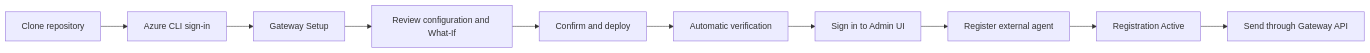
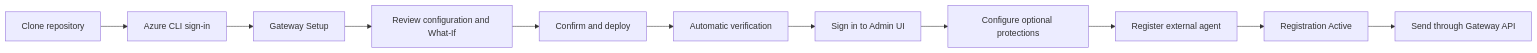
The first of 2 diagrams in README.md (patrick-shim/a365-custom-gateway), drawn with Mermaid before and after one commit. The commit also changed other lines of this file and 342 other files, not shown here.

````diff
--- a/README.md
+++ b/README.md
@@ -69,12 +75,13 @@
 ```mermaid
 flowchart LR
     clone[Clone repository] --> signin[Azure CLI sign-in]
     signin --> setup[Gateway Setup]
     setup --> plan[Review configuration and What-If]
     plan --> deploy[Confirm and deploy]
     deploy --> verify[Automatic verification]
     verify --> admin[Sign in to Admin UI]
-    admin --> register[Register external agent]
+    admin --> settings[Configure optional protections]
+    settings --> register[Register external agent]
     register --> active[Registration Active]
     active --> use[Send through Gateway API]
 ```
````
